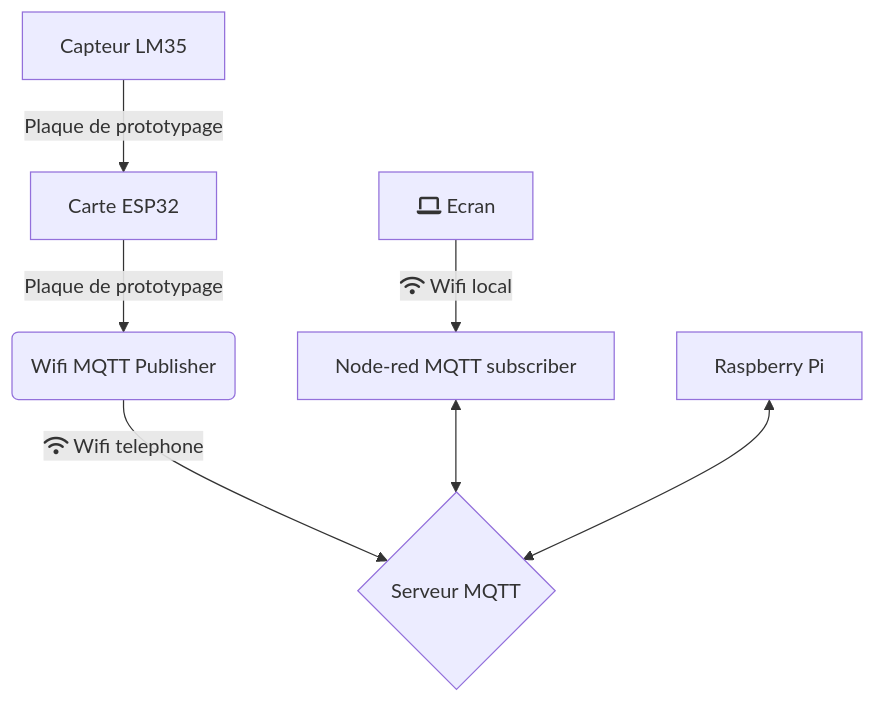
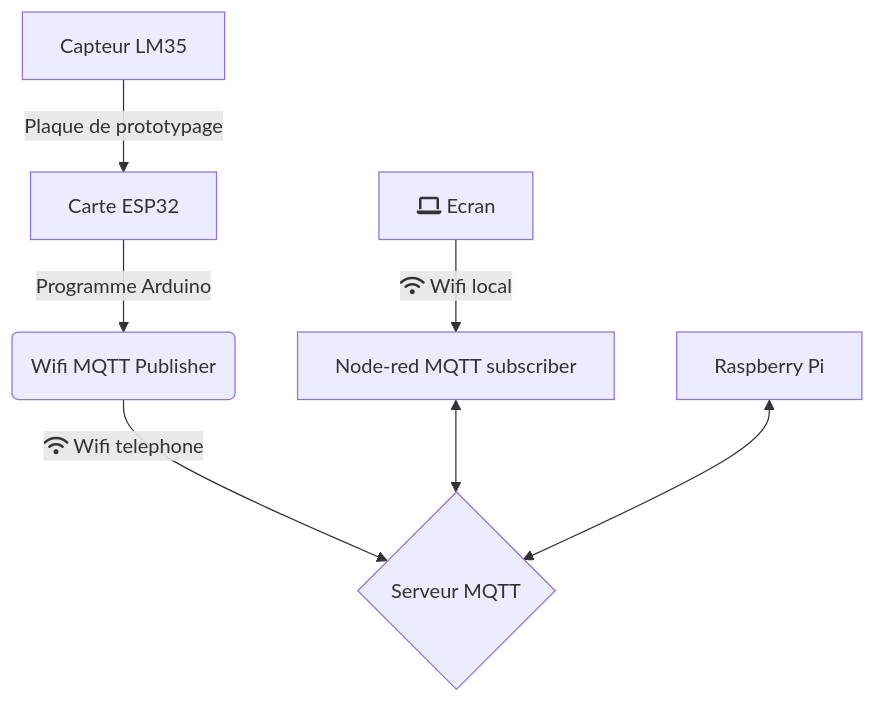
One commit to dorian9fb/Projet-LM35 changed the diagram in README.md. Above: the diagram before and after it, drawn with Mermaid. The commit also changed 2 other files, not shown here.

````diff
--- a/README.md
+++ b/README.md
@@ -19,9 +19,9 @@
 ``` mermaid
 flowchart TD
     A[Capteur LM35] -->|Plaque de prototypage| B(Carte ESP32)
-    B[Carte ESP32] -->|Plaque de prototypage| C(Wifi MQTT Publisher)
+    B[Carte ESP32] -->|Programme Arduino| C(Wifi MQTT Publisher)
     C --> |fa:fa-wifi Wifi telephone| D{Serveur MQTT}
     E[Node-red MQTT subscriber] <--> D
     F[Raspberry Pi] <--> D
     H[fa:fa-laptop Ecran] --> |fa:fa-wifi Wifi local|E
 ```
````
